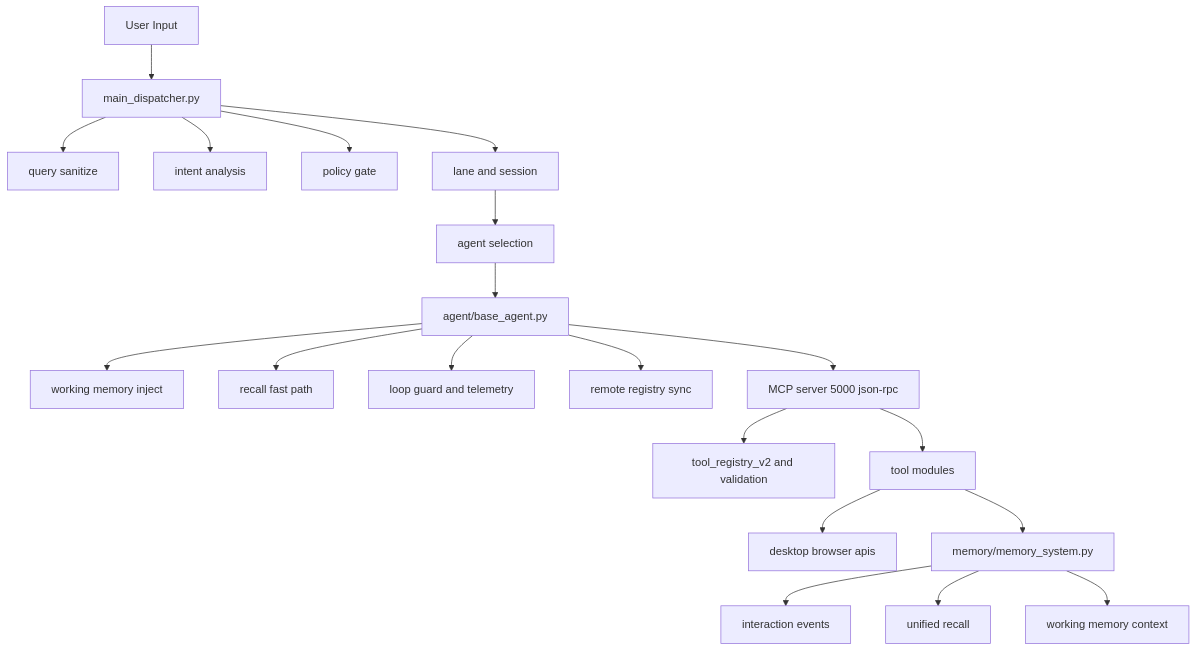
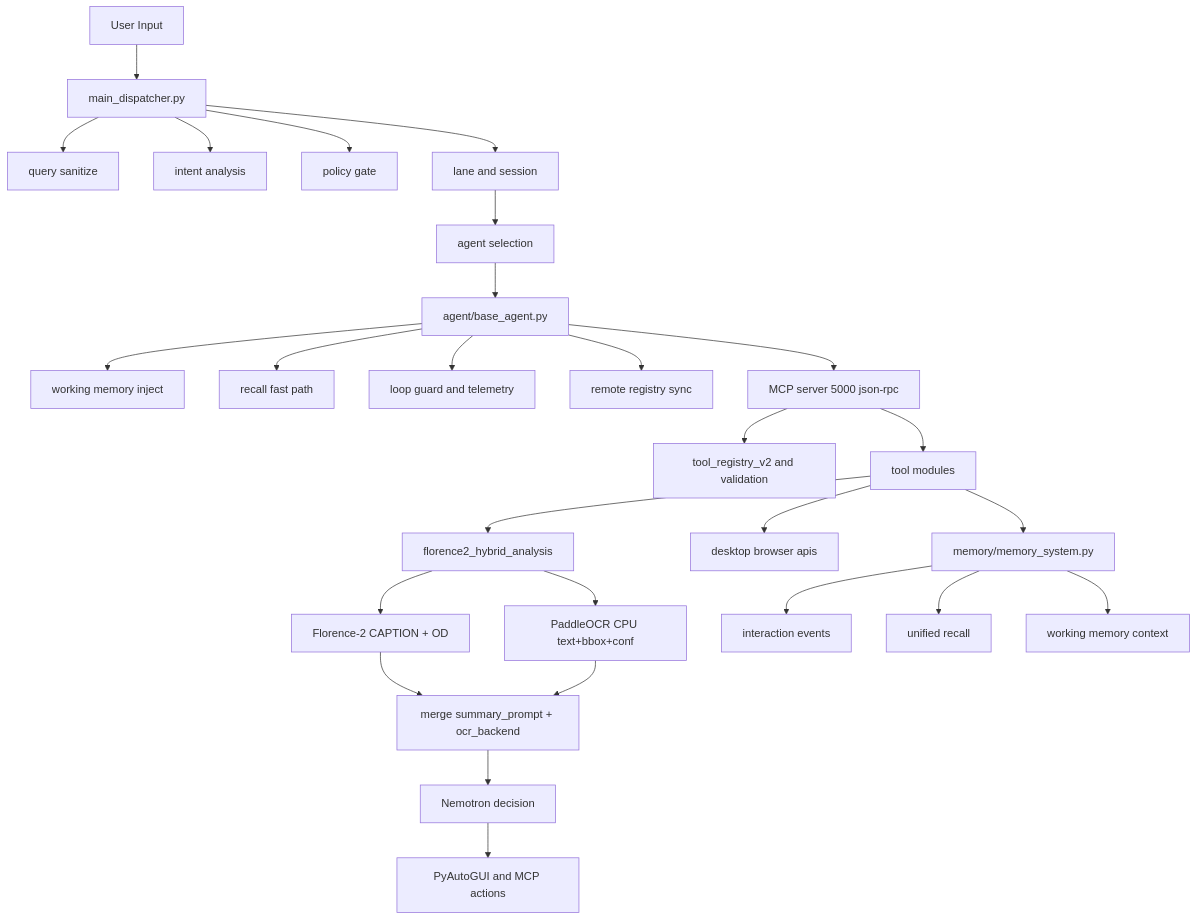
One commit to fatihaltiok/Agentus-Timus changed the diagram in README.md. Above: the diagram before and after it, drawn with Mermaid. The commit also changed other lines of this file, not shown here.

Commit message:
Update architecture diagrams for hybrid Florence2+PaddleOCR flow

````diff
--- a/README.md
+++ b/README.md
@@ -108,24 +114,31 @@
 ```mermaid
 flowchart TD
     U["User Input"] --> D["main_dispatcher.py"]
     D --> DS["query sanitize"]
     D --> DI["intent analysis"]
     D --> DP["policy gate"]
     D --> DL["lane and session"]
     DL --> A["agent selection"]
 
     A --> B["agent/base_agent.py"]
     B --> BW["working memory inject"]
     B --> BR["recall fast path"]
     B --> BT["loop guard and telemetry"]
     B --> BRG["remote registry sync"]
 
     B --> M["MCP server 5000 json-rpc"]
     M --> TR["tool_registry_v2 and validation"]
     M --> T["tool modules"]
+    T --> FH["florence2_hybrid_analysis"]
+    FH --> FC["Florence-2 CAPTION + OD"]
+    FH --> PO["PaddleOCR CPU text+bbox+conf"]
+    FC --> FM["merge summary_prompt + ocr_backend"]
+    PO --> FM
+    FM --> ND["Nemotron decision"]
+    ND --> PA["PyAutoGUI and MCP actions"]
     T --> E["desktop browser apis"]
     T --> MM["memory/memory_system.py"]
     MM --> IE["interaction events"]
     MM --> UR["unified recall"]
     MM --> WM["working memory context"]
 ```
````
